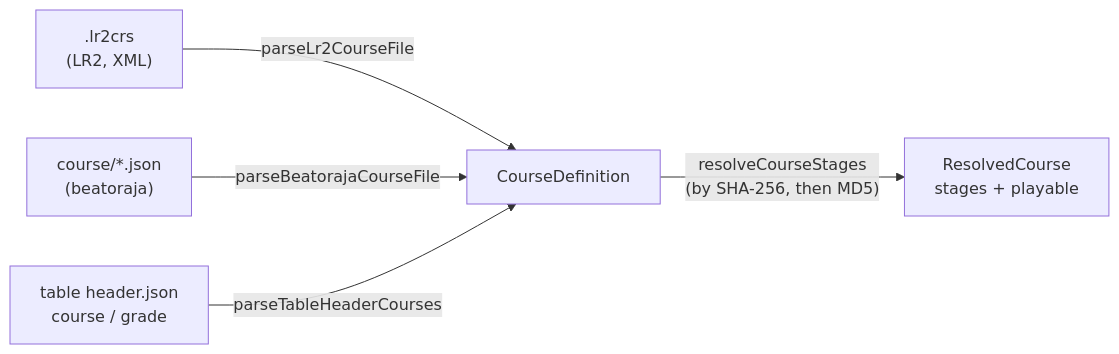
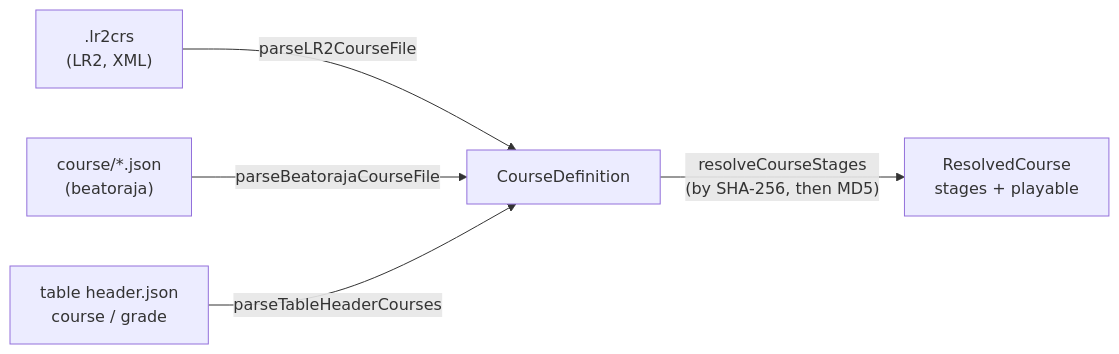
The first of 8 diagrams in docs/course.md (nulltask/be-music), drawn with Mermaid before and after one commit. The commit also changed other lines of this file and 921 other files, not shown here.

````diff
--- a/docs/course.md
+++ b/docs/course.md
@@ -9,7 +9,7 @@
 ```mermaid
 flowchart LR
-  lr2[".lr2crs<br/>(LR2, XML)"] -->|parseLr2CourseFile| def["CourseDefinition"]
+  lr2[".lr2crs<br/>(LR2, XML)"] -->|parseLR2CourseFile| def["CourseDefinition"]
   bjson["course/*.json<br/>(beatoraja)"] -->|parseBeatorajaCourseFile| def
   table["table header.json<br/>course / grade"] -->|parseTableHeaderCourses| def
   def -->|"resolveCourseStages<br/>(by SHA-256, then MD5)"| resolved["ResolvedCourse<br/>stages + playable"]
 ```
````
